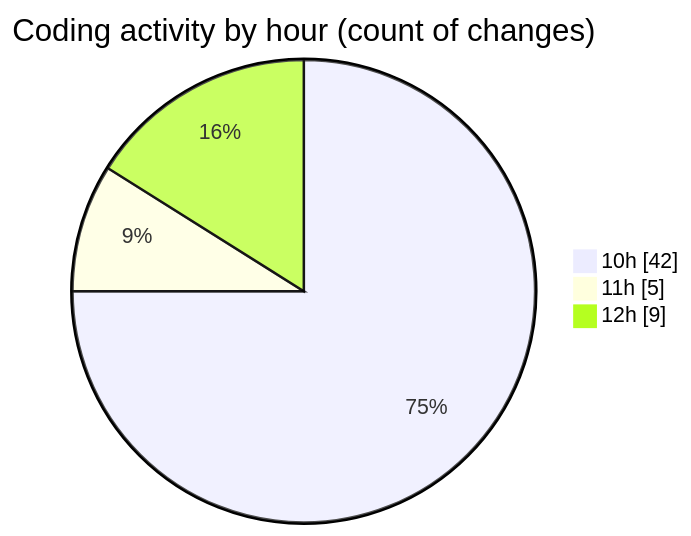
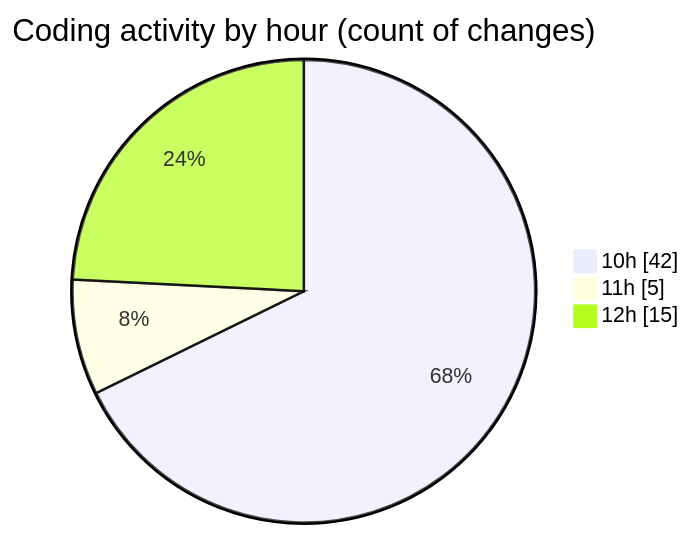
The second of 2 diagrams in 2025-08-04/nxtqube_webapp/README.md (nxtqubesakshisongat/code-tracking), drawn with Mermaid before and after one commit. The commit also changed other lines of this file and 1 other file, not shown here.

````diff
--- a/2025-08-04/nxtqube_webapp/README.md
+++ b/2025-08-04/nxtqube_webapp/README.md
@@ -34,7 +34,7 @@
 ```mermaid
 pie showData
 title Coding activity by hour (count of changes)
 "10h" : 42
 "11h" : 5
-"12h" : 9
+"12h" : 15
 ```
````
